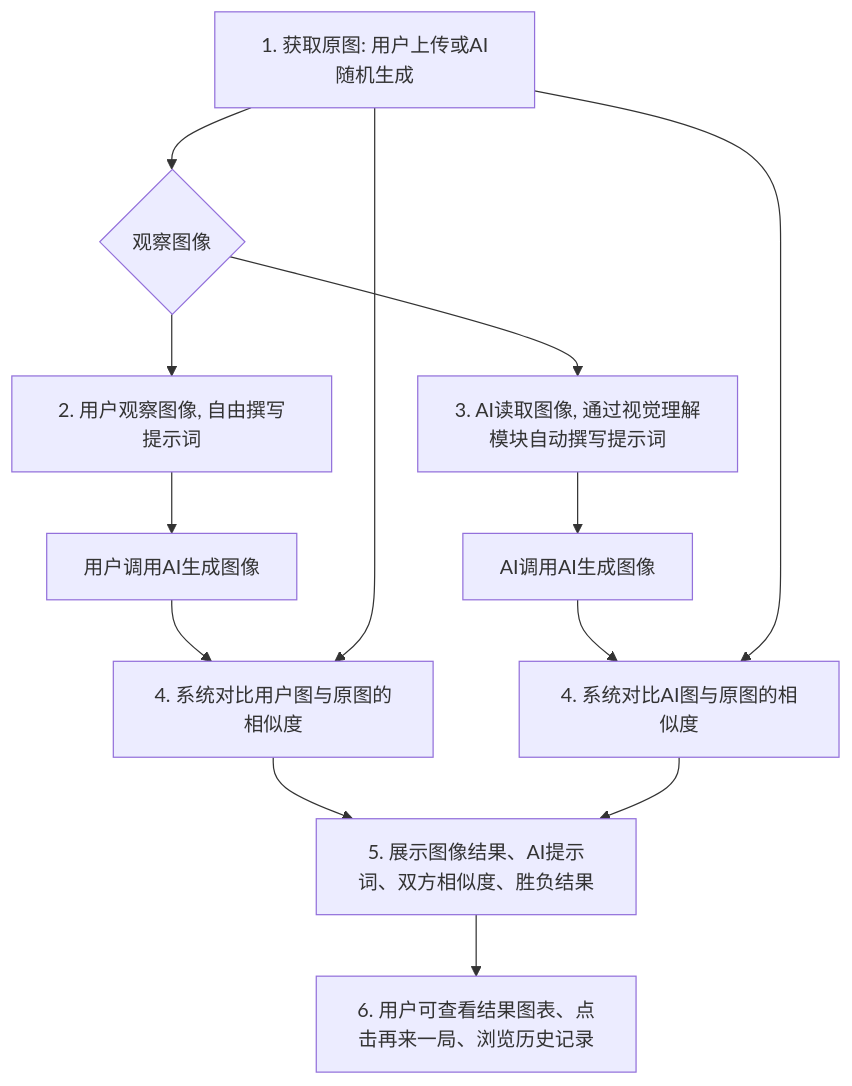
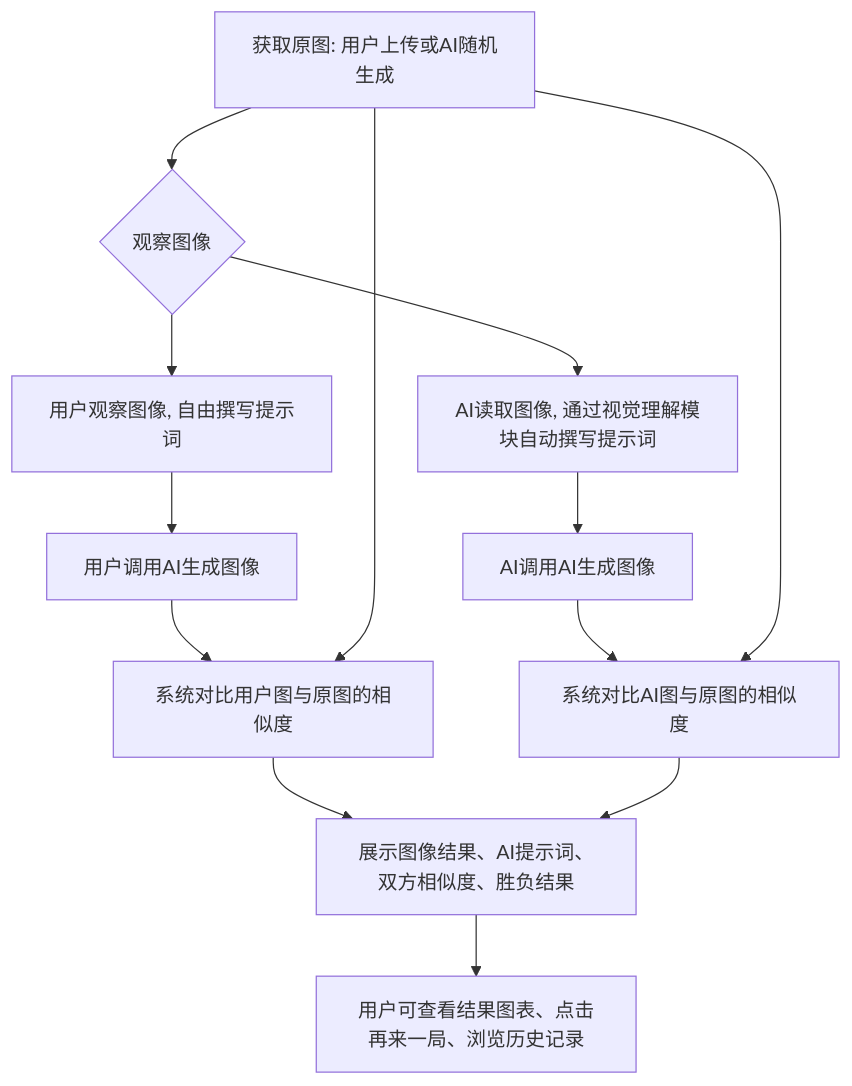
The first of 3 diagrams in 看图说话——提示词生图人机对抗小游戏.md (Mariooo7/django-ai-game), drawn with Mermaid before and after one commit. The commit also changed other lines of this file and 9 other files, not shown here.

````diff
--- a/看图说话——提示词生图人机对抗小游戏.md
+++ b/看图说话——提示词生图人机对抗小游戏.md
@@ -40,12 +29,12 @@
 ```mermaid
 graph TD
-    A[1. 获取原图: 用户上传或AI随机生成] --> B{观察图像};
-    B --> C[2. 用户观察图像, 自由撰写提示词];
+    A[获取原图: 用户上传或AI随机生成] --> B{观察图像};
+    B --> C[用户观察图像, 自由撰写提示词];
     C --> D[用户调用AI生成图像];
-    B --> E[3. AI读取图像, 通过视觉理解模块自动撰写提示词];
+    B --> E[AI读取图像, 通过视觉理解模块自动撰写提示词];
     E --> F[AI调用AI生成图像];
-    D & A --> G[4. 系统对比用户图与原图的相似度];
-    F & A --> H[4. 系统对比AI图与原图的相似度];
-    G & H --> I[5. 展示图像结果、AI提示词、双方相似度、胜负结果];
-    I --> J[6. 用户可查看结果图表、点击再来一局、浏览历史记录];
+    D & A --> G[系统对比用户图与原图的相似度];
+    F & A --> H[系统对比AI图与原图的相似度];
+    G & H --> I[展示图像结果、AI提示词、双方相似度、胜负结果];
+    I --> J[用户可查看结果图表、点击再来一局、浏览历史记录];
 ```
````
